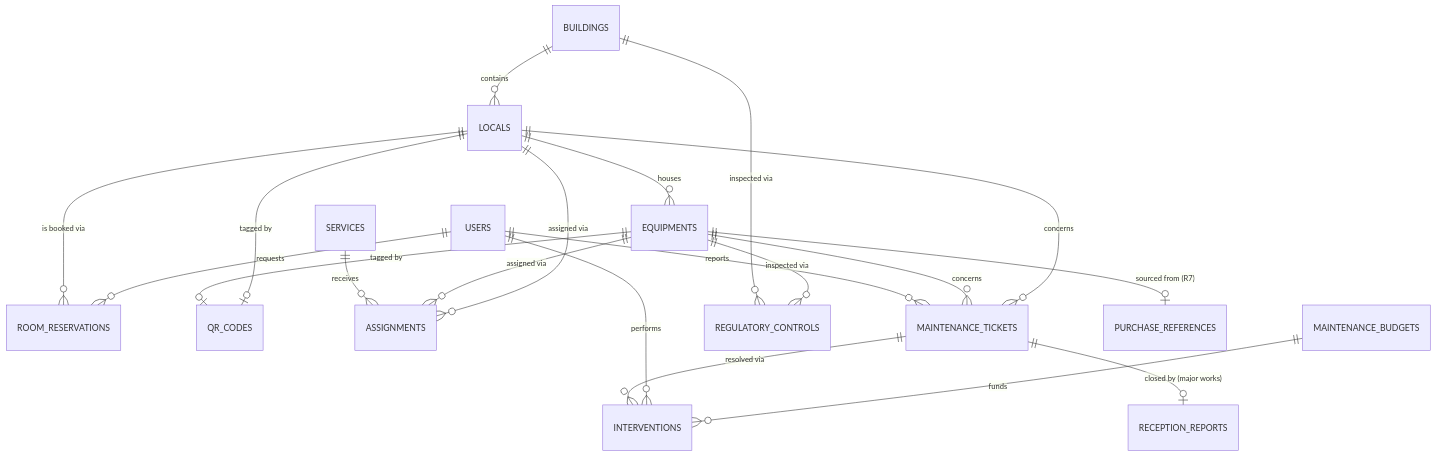
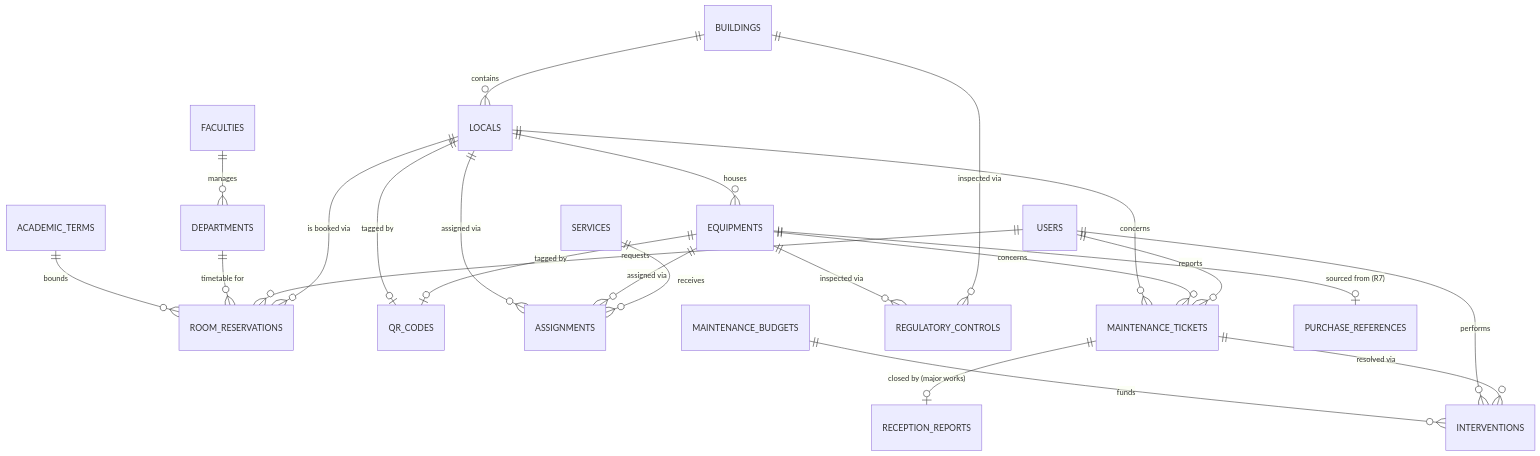
One commit to Debz-Abdelhamid/Bithack changed the diagram in Schema.md. Above: the diagram before and after it, drawn with Mermaid. The commit also changed other lines of this file and 31 other files, not shown here.

First line of the commit message:
feat(phase-5-addendum): departments, academic terms, visual timetable grid

````diff
--- a/Schema.md
+++ b/Schema.md
@@ -238,22 +272,25 @@
 ```mermaid
 erDiagram
   BUILDINGS ||--o{ LOCALS : contains
   LOCALS ||--o{ EQUIPMENTS : houses
   LOCALS ||--o{ ROOM_RESERVATIONS : "is booked via"
   EQUIPMENTS ||--o| QR_CODES : "tagged by"
   LOCALS ||--o| QR_CODES : "tagged by"
   SERVICES ||--o{ ASSIGNMENTS : receives
   EQUIPMENTS ||--o{ ASSIGNMENTS : "assigned via"
   LOCALS ||--o{ ASSIGNMENTS : "assigned via"
   USERS ||--o{ ROOM_RESERVATIONS : requests
   USERS ||--o{ MAINTENANCE_TICKETS : reports
   EQUIPMENTS ||--o{ MAINTENANCE_TICKETS : "concerns"
   LOCALS ||--o{ MAINTENANCE_TICKETS : "concerns"
   MAINTENANCE_TICKETS ||--o{ INTERVENTIONS : "resolved via"
   USERS ||--o{ INTERVENTIONS : performs
   MAINTENANCE_TICKETS ||--o| RECEPTION_REPORTS : "closed by (major works)"
   BUILDINGS ||--o{ REGULATORY_CONTROLS : "inspected via"
   EQUIPMENTS ||--o{ REGULATORY_CONTROLS : "inspected via"
   MAINTENANCE_BUDGETS ||--o{ INTERVENTIONS : funds
   EQUIPMENTS ||--o| PURCHASE_REFERENCES : "sourced from (R7)"
+  FACULTIES ||--o{ DEPARTMENTS : manages
+  DEPARTMENTS ||--o{ ROOM_RESERVATIONS : "timetable for"
+  ACADEMIC_TERMS ||--o{ ROOM_RESERVATIONS : bounds
 ```
````
